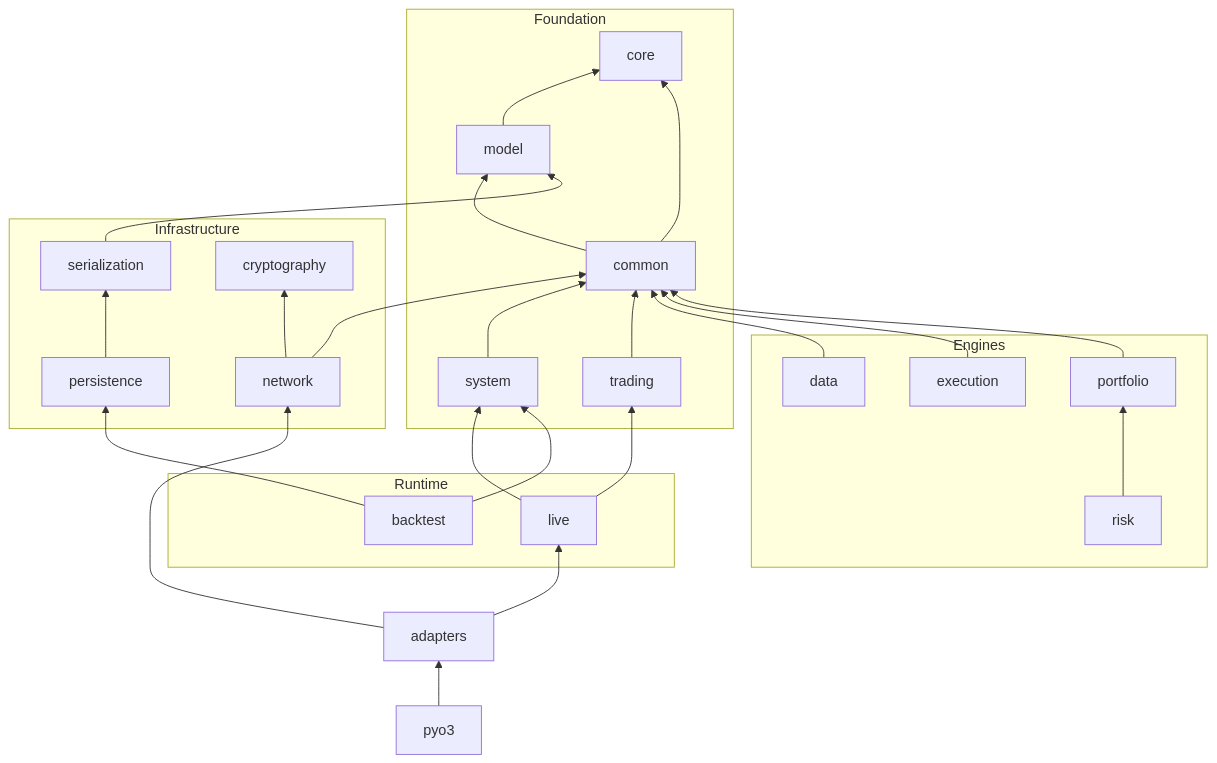
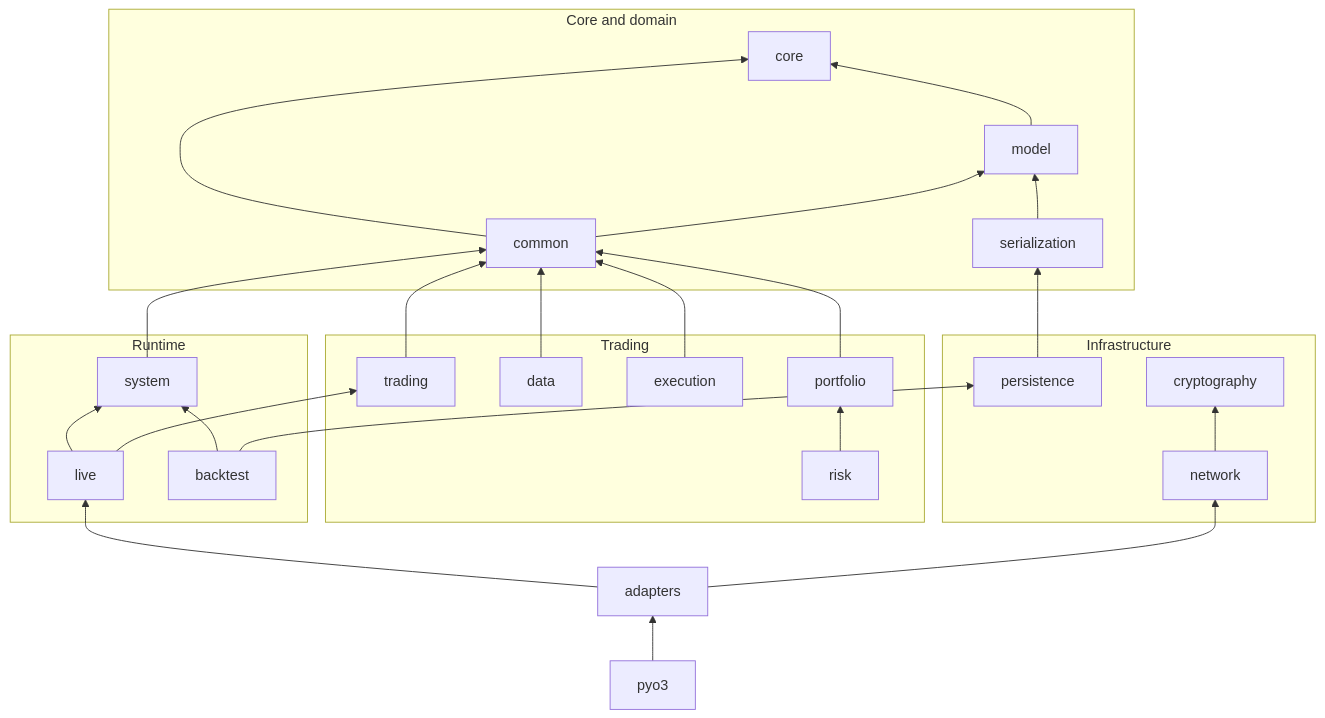
Before and after one commit to nautechsystems/nautilus_trader: the seventh of 7 diagrams in docs/concepts/architecture.md, drawn with Mermaid. The commit also changed other lines of this file, not shown here.

First line of the commit message:
Refine architecture guide

````diff
--- a/docs/concepts/architecture.md
+++ b/docs/concepts/architecture.md
@@ -589,53 +674,52 @@
 ```mermaid
 flowchart BT
-    subgraph Foundation
+    subgraph Core["Core and domain"]
         core
         model
         common
-        system
-        trading
+        serialization
     end
 
-    subgraph Infrastructure
-        serialization
-        network
-        cryptography
-        persistence
-    end
-
-    subgraph Engines
+    subgraph Trading
+        trading
         data
         execution
         portfolio
         risk
     end
 
+    subgraph Infrastructure
+        network
+        cryptography
+        persistence
+    end
+
     subgraph Runtime
+        system
         live
         backtest
     end
 
     adapters
     pyo3
 
     model --> core
     common --> core
     common --> model
     system --> common
     trading --> common
     serialization --> model
-    network --> common
     network --> cryptography
     persistence --> serialization
     data --> common
     execution --> common
     portfolio --> common
     risk --> portfolio
     live --> system
     live --> trading
     backtest --> system
     backtest --> persistence
     adapters --> live
     adapters --> network
     pyo3 --> adapters
 ```
````
